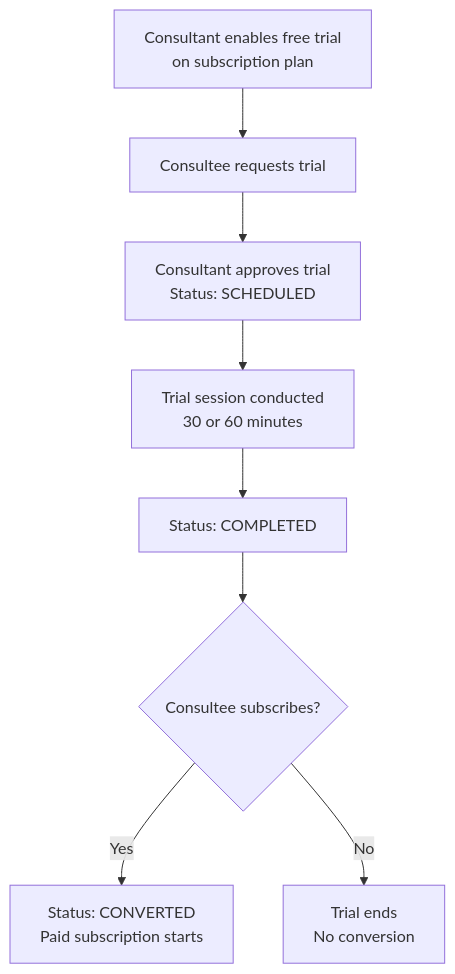
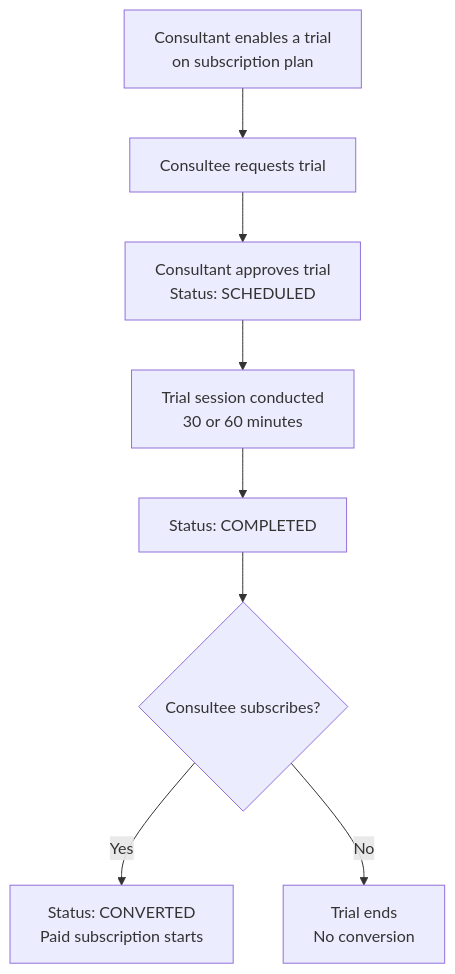
Before and after one commit to Practitionist/familiarise_web: diagram 19 of 21 in docs/team/platform-testing-playbook.md, drawn with Mermaid. The commit also changed other lines of this file and 5 other files, not shown here.

First line of the commit message:
refactor(trials): neutralize the last free-trial copy in explore UI + docs

````diff
--- a/docs/team/platform-testing-playbook.md
+++ b/docs/team/platform-testing-playbook.md
@@ -1136,10 +1136,10 @@
 ```mermaid
 graph TD
-    A[Consultant enables free trial<br/>on subscription plan] --> B[Consultee requests trial]
+    A[Consultant enables a trial<br/>on subscription plan] --> B[Consultee requests trial]
     B --> C[Consultant approves trial<br/>Status: SCHEDULED]
     C --> D[Trial session conducted<br/>30 or 60 minutes]
     D --> E[Status: COMPLETED]
     E --> F{Consultee subscribes?}
     F -->|Yes| G[Status: CONVERTED<br/>Paid subscription starts]
     F -->|No| H[Trial ends<br/>No conversion]
 ```
````
